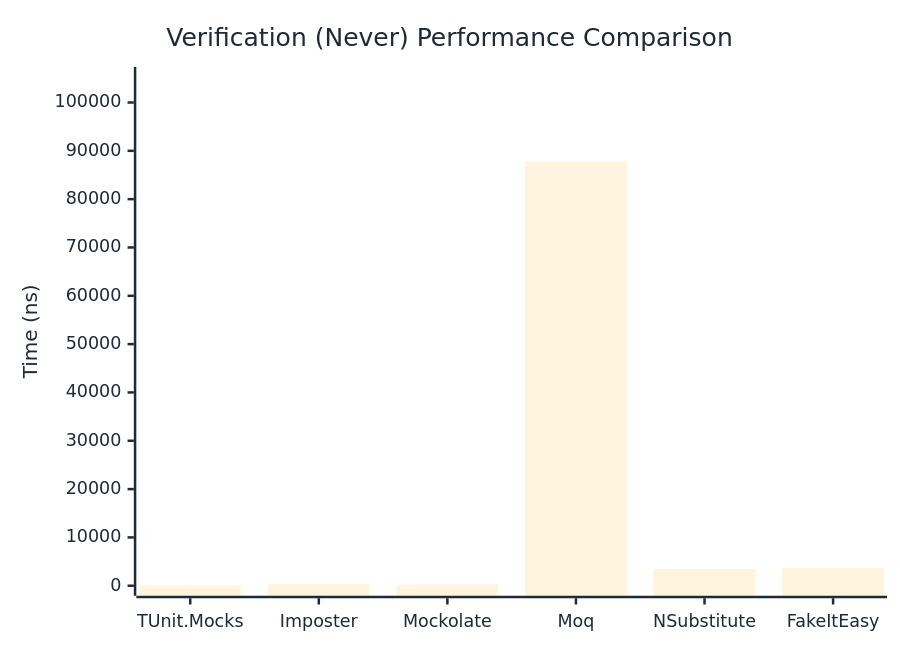
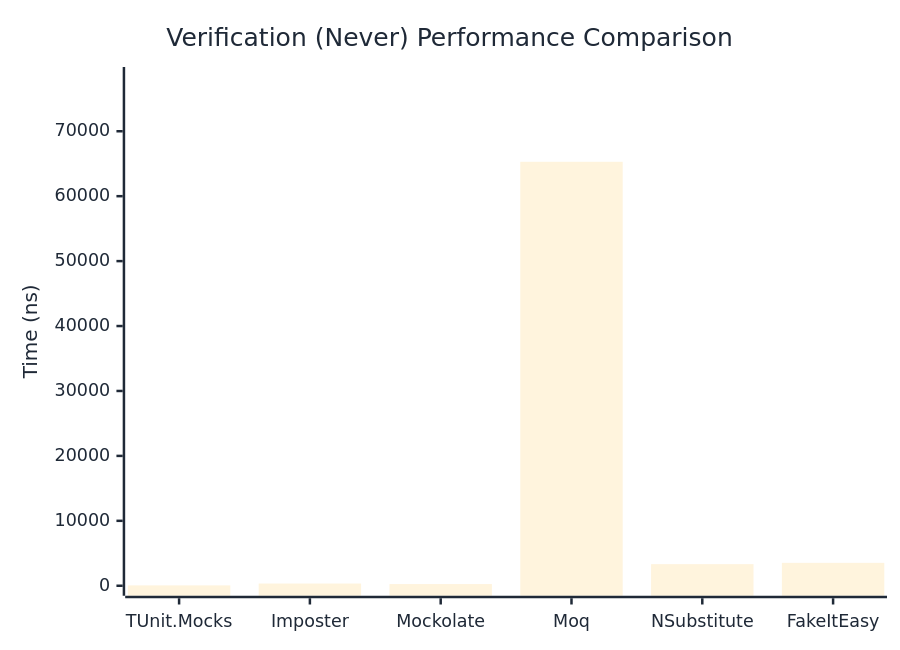
Before and after one commit to thomhurst/TUnit: the second of 3 diagrams in docs/docs/benchmarks/mocks/Verification.md, drawn with Mermaid. The commit also changed other lines of this file and 14 other files, not shown here.

````diff
--- a/docs/docs/benchmarks/mocks/Verification.md
+++ b/docs/docs/benchmarks/mocks/Verification.md
@@ -71,27 +71,27 @@
 ```mermaid
 %%{init: {
   'theme':'base',
   'themeVariables': {
     'primaryColor': '#2563eb',
     'primaryTextColor': '#1f2937',
     'primaryBorderColor': '#1e40af',
     'lineColor': '#6b7280',
     'secondaryColor': '#7c3aed',
     'tertiaryColor': '#dc2626',
     'background': '#ffffff',
     'pie1': '#2563eb',
     'pie2': '#7c3aed',
     'pie3': '#dc2626',
     'pie4': '#f59e0b',
     'pie5': '#10b981',
     'pie6': '#06b6d4',
     'pie7': '#ec4899',
     'pie8': '#6366f1'
   }
 }}%%
 xychart-beta
   title "Verification (Never) Performance Comparison"
   x-axis ["TUnit.Mocks", "Imposter", "Mockolate", "Moq", "NSubstitute", "FakeItEasy"]
-  y-axis "Time (ns)" 0 --> 105276
-  bar [52.69, 322.19, 233.95, 87729.42, 3517.28, 3719.39]
+  y-axis "Time (ns)" 0 --> 78356
+  bar [54.63, 343.11, 259, 65295.94, 3326.49, 3529.32]
 ```
````
